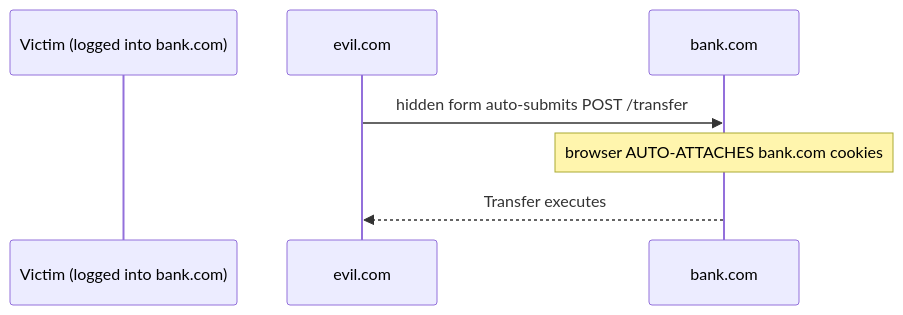
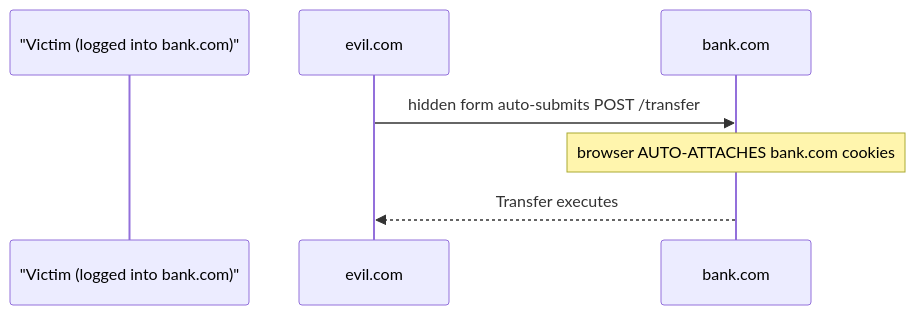
The second of 3 diagrams in packages/content/content/14-web-security.mdx (ashishxcode/frontend-internals), drawn with Mermaid before and after one commit. The commit also changed other lines of this file and 8 other files, not shown here.

First line of the commit message:
content: expand 5 thin chapters + fix mermaid syntax for v11

````diff
--- a/packages/content/content/14-web-security.mdx
+++ b/packages/content/content/14-web-security.mdx
@@ -39,9 +39,9 @@
 ```mermaid
 sequenceDiagram
-  participant V as Victim (logged into bank.com)
+  participant V as "Victim (logged into bank.com)"
   participant E as evil.com
   participant Bk as bank.com
   E->>Bk: hidden form auto-submits POST /transfer
   Note over Bk: browser AUTO-ATTACHES bank.com cookies
   Bk-->>E: Transfer executes
 ```
````
